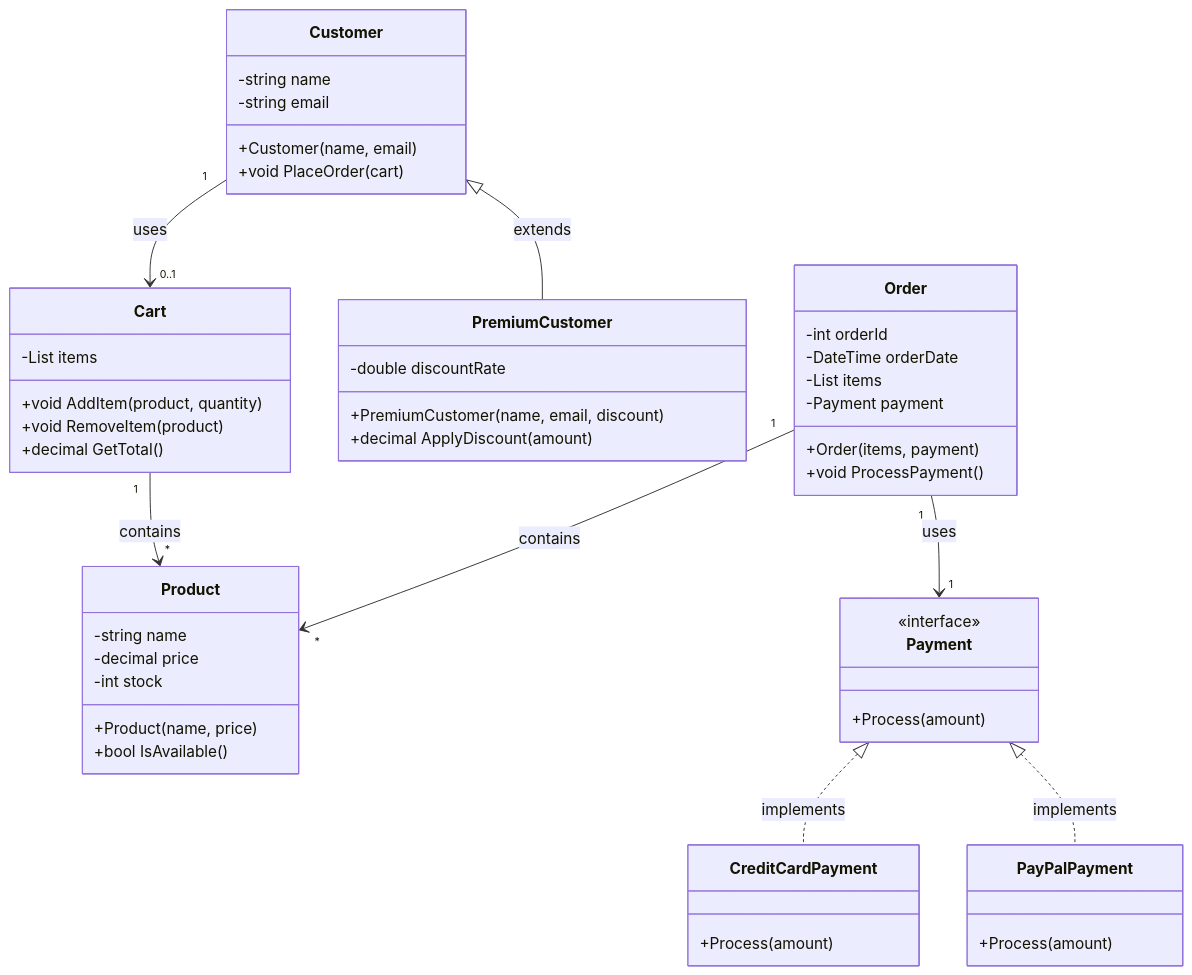
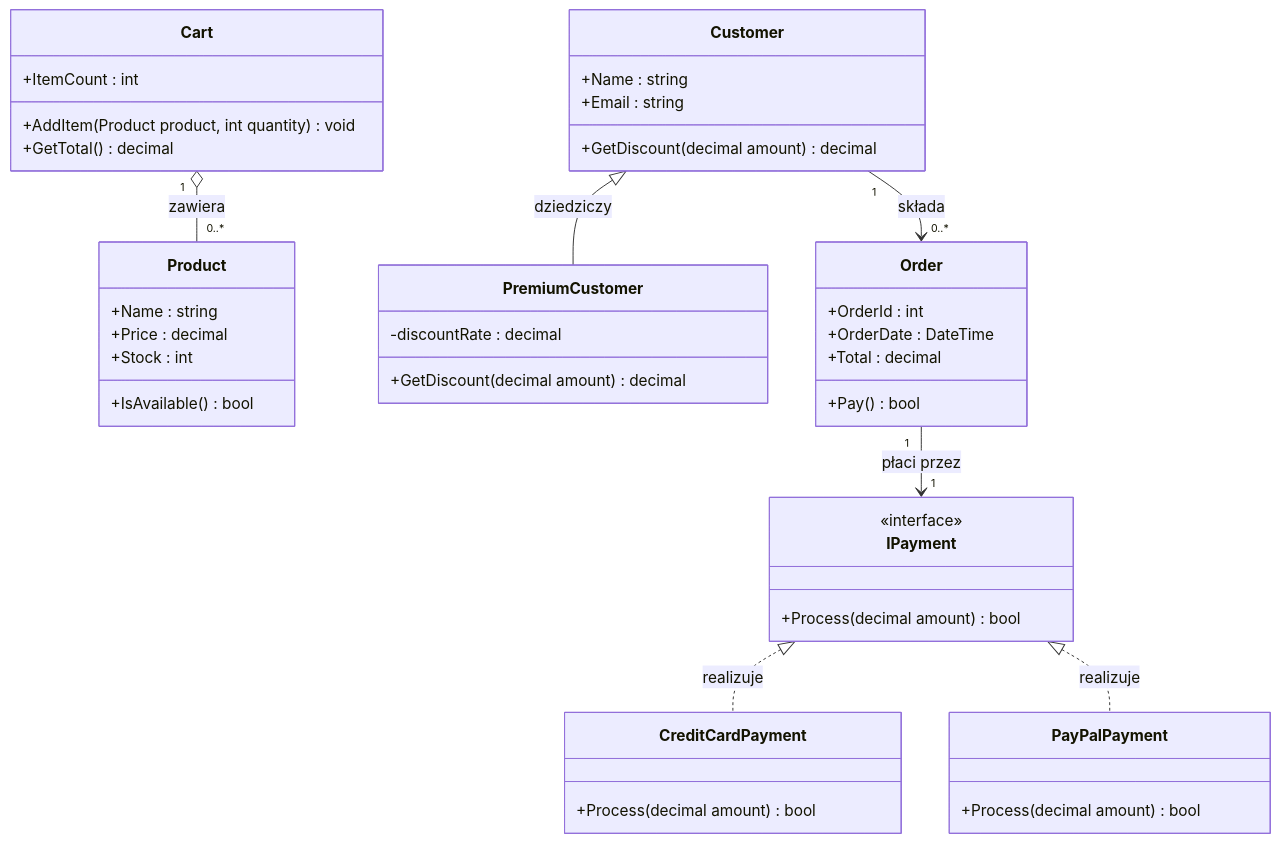
The fourth of 4 diagrams in src/01-klasy/_09_uml/tasks/README.md (tborzyszkowski/csharp-programming), drawn with Mermaid before and after one commit. The commit also changed other lines of this file and 74 other files, not shown here.

````diff
--- a/src/01-klasy/_09_uml/tasks/README.md
+++ b/src/01-klasy/_09_uml/tasks/README.md
@@ -341,60 +364,53 @@
 ```mermaid
 classDiagram
     class Product {
-        -string name
-        -decimal price
-        -int stock
-        +Product(name, price)
-        +bool IsAvailable()
+        +Name : string
+        +Price : decimal
+        +Stock : int
+        +IsAvailable() bool
     }
-    
+
     class Cart {
-        -List items
-        +void AddItem(product, quantity)
-        +void RemoveItem(product)
-        +decimal GetTotal()
+        +ItemCount : int
+        +AddItem(Product product, int quantity) void
+        +GetTotal() decimal
     }
-    
+
     class Customer {
-        -string name
-        -string email
-        +Customer(name, email)
-        +void PlaceOrder(cart)
+        +Name : string
+        +Email : string
+        +GetDiscount(decimal amount) decimal
     }
-    
+
     class PremiumCustomer {
-        -double discountRate
-        +PremiumCustomer(name, email, discount)
-        +decimal ApplyDiscount(amount)
+        -discountRate : decimal
+        +GetDiscount(decimal amount) decimal
     }
-    
+
     class Order {
-        -int orderId
-        -DateTime orderDate
-        -List items
-        -Payment payment
-        +Order(items, payment)
-        +void ProcessPayment()
+        +OrderId : int
+        +OrderDate : DateTime
+        +Total : decimal
+        +Pay() bool
     }
-    
-    class Payment {
+
+    class IPayment {
         <<interface>>
-        +Process(amount)
+        +Process(decimal amount) bool
     }
-    
+
     class CreditCardPayment {
-        +Process(amount)
+        +Process(decimal amount) bool
     }
-    
+
     class PayPalPayment {
-        +Process(amount)
+        +Process(decimal amount) bool
     }
-    
-    Cart "1" --> "*" Product : contains
-    Customer "1" --> "0..1" Cart : uses
-    Customer <|-- PremiumCustomer : extends
-    Order "1" --> "1" Payment : uses
-    Order "1" --> "*" Product : contains
-    Payment <|.. CreditCardPayment : implements
-    Payment <|.. PayPalPayment : implements
+
+    Cart "1" o-- "0..*" Product : zawiera
+    Customer "1" --> "0..*" Order : składa
+    Customer <|-- PremiumCustomer : dziedziczy
+    Order "1" --> "1" IPayment : płaci przez
+    IPayment <|.. CreditCardPayment : realizuje
+    IPayment <|.. PayPalPayment : realizuje
 ```
````
